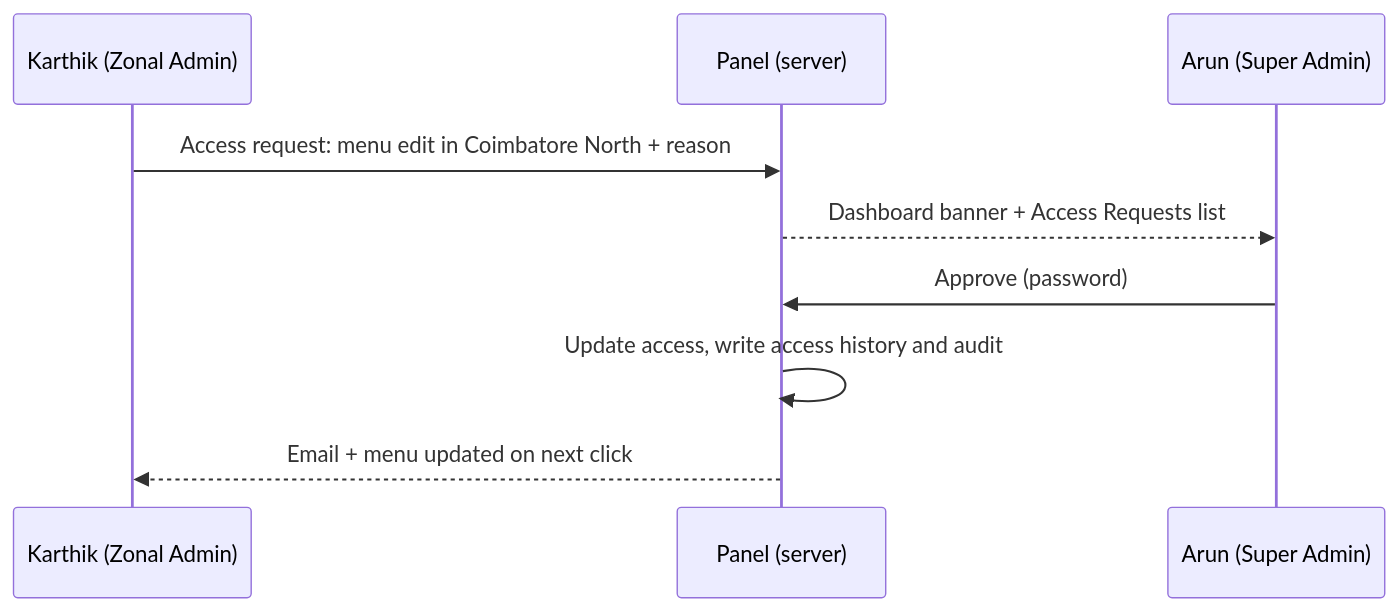
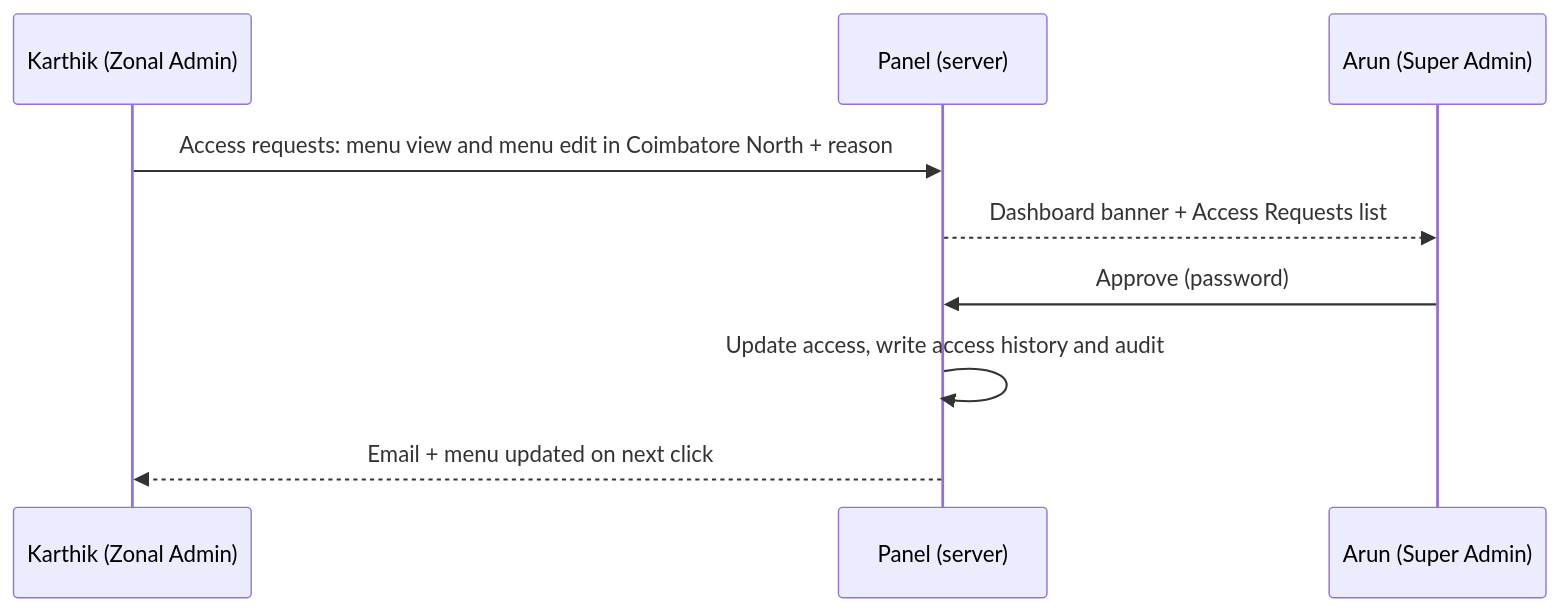
Diagram 15 of 15 in docs/F-execution/64_Demo_Presenter_Guide.md (infogloaro/zoauro_admin), drawn with Mermaid before and after one commit. The commit also changed other lines of this file and 3 other files, not shown here.

````diff
--- a/docs/F-execution/64_Demo_Presenter_Guide.md
+++ b/docs/F-execution/64_Demo_Presenter_Guide.md
@@ -694,11 +900,11 @@
 ```mermaid
 sequenceDiagram
   participant K as Karthik (Zonal Admin)
   participant P as Panel (server)
   participant A as Arun (Super Admin)
-  K->>P: Access request: menu edit in Coimbatore North + reason
+  K->>P: Access requests: menu view and menu edit in Coimbatore North + reason
   P-->>A: Dashboard banner + Access Requests list
   A->>P: Approve (password)
   P->>P: Update access, write access history and audit
   P-->>K: Email + menu updated on next click
 ```
````
